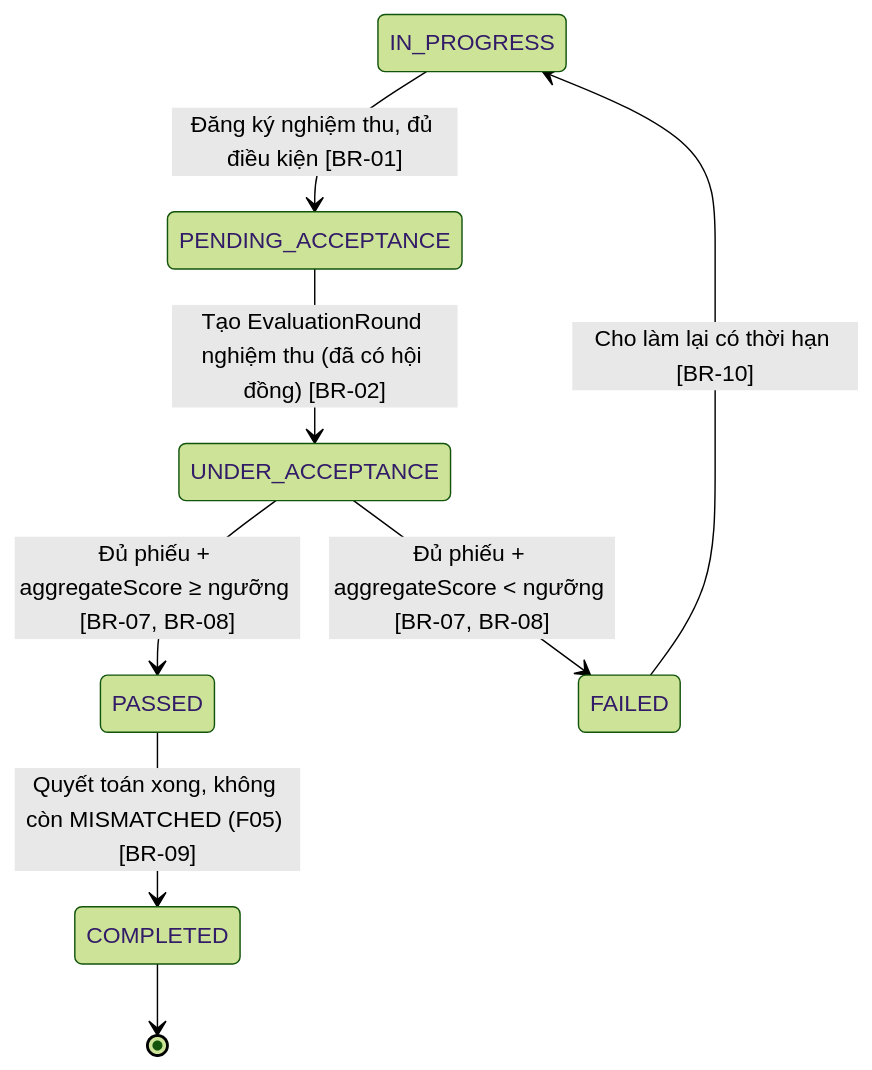
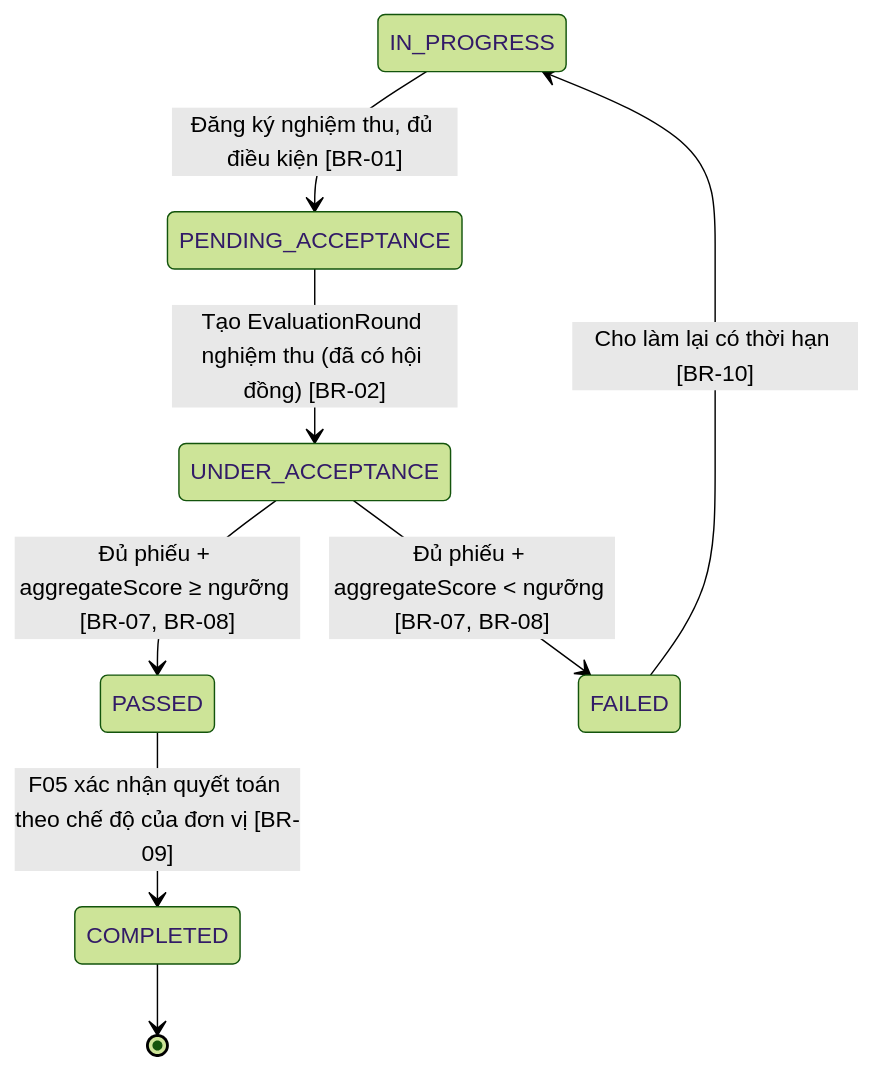
Before and after one commit to PTZero2026/rms-docs: the second of 2 diagrams in docs/features/F06-nghiem-thu/spec.md, drawn with Mermaid (forest theme). The commit also changed other lines of this file and 590 other files, not shown here.

````diff
--- a/docs/features/F06-nghiem-thu/spec.md
+++ b/docs/features/F06-nghiem-thu/spec.md
@@ -88,10 +88,10 @@
 ```mermaid
 stateDiagram-v2
     IN_PROGRESS --> PENDING_ACCEPTANCE : Đăng ký nghiệm thu, đủ điều kiện [BR-01]
     PENDING_ACCEPTANCE --> UNDER_ACCEPTANCE : Tạo EvaluationRound nghiệm thu (đã có hội đồng) [BR-02]
     UNDER_ACCEPTANCE --> PASSED : Đủ phiếu + aggregateScore ≥ ngưỡng [BR-07, BR-08]
     UNDER_ACCEPTANCE --> FAILED : Đủ phiếu + aggregateScore < ngưỡng [BR-07, BR-08]
     FAILED --> IN_PROGRESS : Cho làm lại có thời hạn [BR-10]
-    PASSED --> COMPLETED : Quyết toán xong, không còn MISMATCHED (F05) [BR-09]
+    PASSED --> COMPLETED : F05 xác nhận quyết toán theo chế độ của đơn vị [BR-09]
     COMPLETED --> [*]
 ```
````
